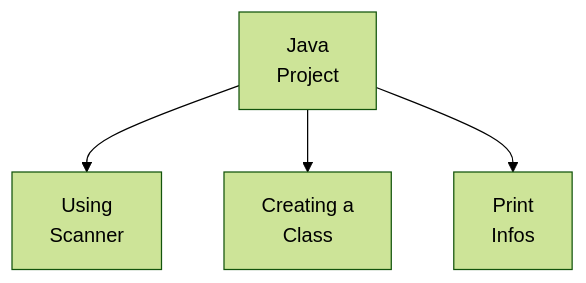
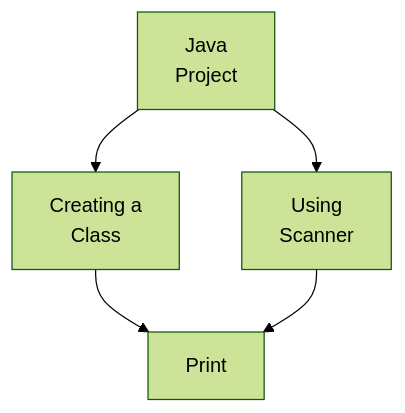
One commit to abominavelneves/Bootcamp-Challenge-Java changed the diagram in README.md. Above: the diagram before and after it, drawn with Mermaid (forest theme).

````diff
--- a/README.md
+++ b/README.md
@@ -5,6 +5,7 @@
 ```Mermaid
 graph TD
 J[Java\nProject]--> C1[Using\nScanner]
 J --> C2[Creating a\nClass]
-J --> C3[Print\nInfos]
+C2 --> Print
+C1 --> Print
 ```
````
